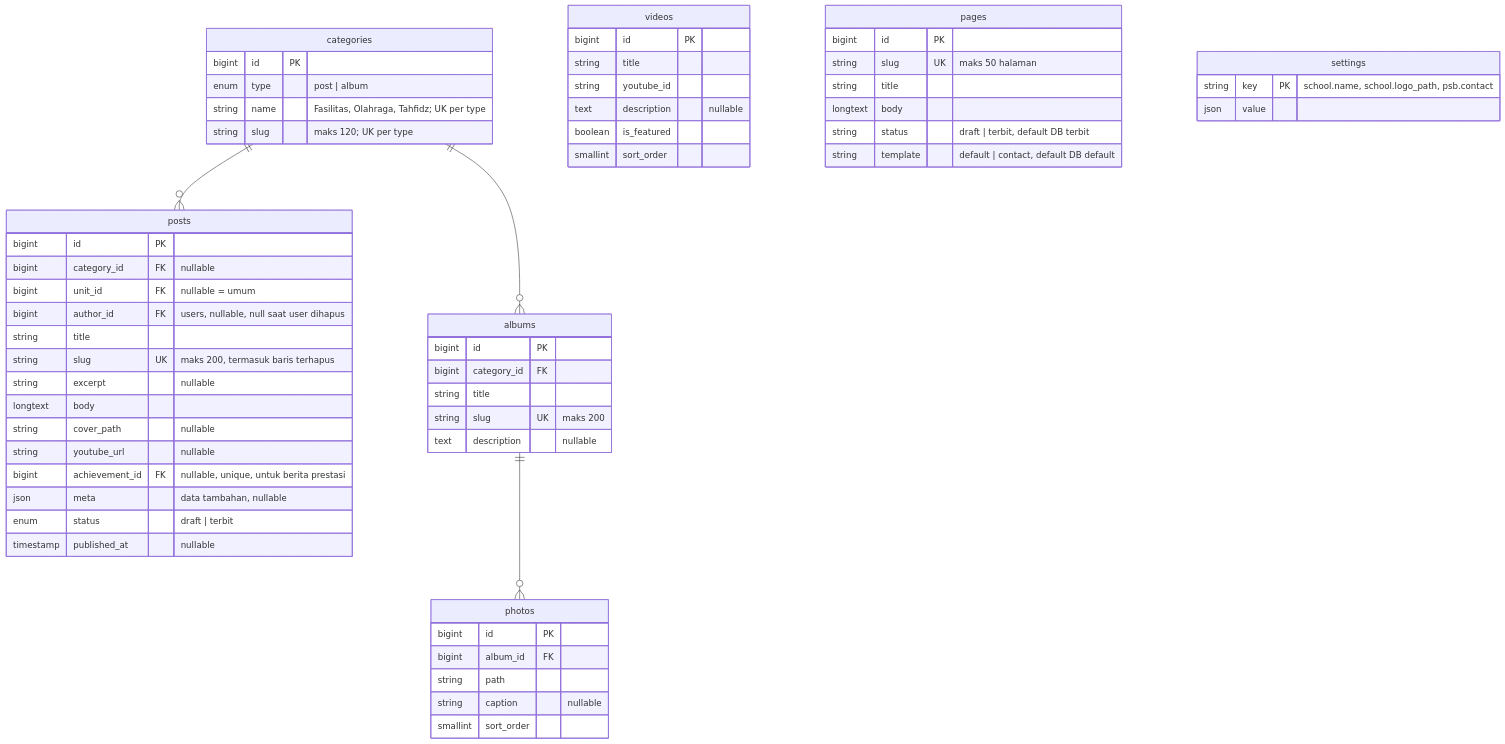
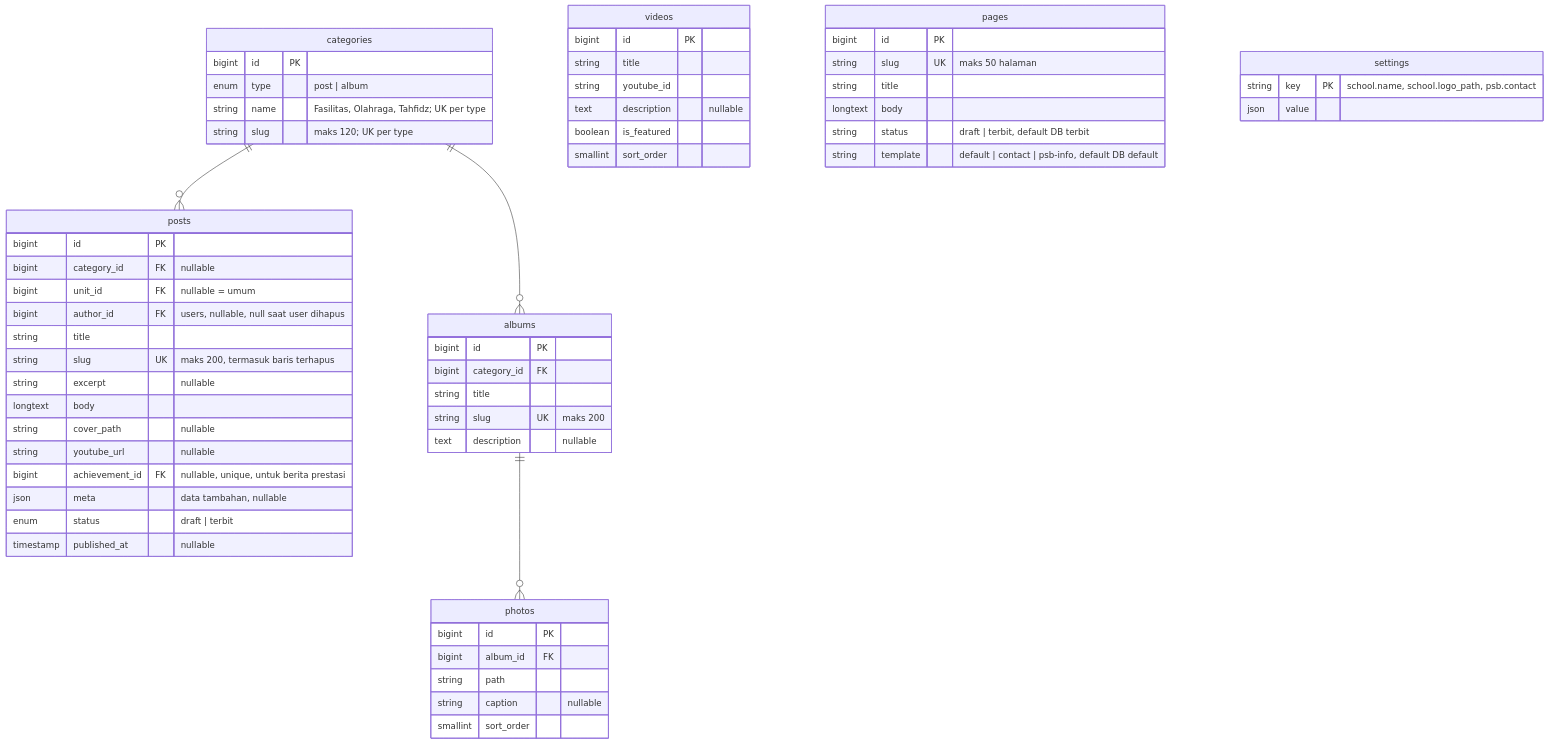
The tenth of 11 diagrams in docs/erd.md (dankedev/pondok), drawn with Mermaid before and after one commit. The commit also changed other lines of this file and 1 other file, not shown here.

First line of the commit message:
docs(psb): info PSB di PRD dan ERD

````diff
--- a/docs/erd.md
+++ b/docs/erd.md
@@ -755,63 +755,63 @@
 ```mermaid
 erDiagram
   categories {
     bigint id PK
     enum type "post | album"
     string name "Fasilitas, Olahraga, Tahfidz; UK per type"
     string slug "maks 120; UK per type"
   }
   posts {
     bigint id PK
     bigint category_id FK "nullable"
     bigint unit_id FK "nullable = umum"
     bigint author_id FK "users, nullable, null saat user dihapus"
     string title
     string slug UK "maks 200, termasuk baris terhapus"
     string excerpt "nullable"
     longtext body
     string cover_path "nullable"
     string youtube_url "nullable"
     bigint achievement_id FK "nullable, unique, untuk berita prestasi"
     json meta "data tambahan, nullable"
     enum status "draft | terbit"
     timestamp published_at "nullable"
   }
   albums {
     bigint id PK
     bigint category_id FK
     string title
     string slug UK "maks 200"
     text description "nullable"
   }
   photos {
     bigint id PK
     bigint album_id FK
     string path
     string caption "nullable"
     smallint sort_order
   }
   videos {
     bigint id PK
     string title
     string youtube_id
     text description "nullable"
     boolean is_featured
     smallint sort_order
   }
   pages {
     bigint id PK
     string slug UK "maks 50 halaman"
     string title
     longtext body
     string status "draft | terbit, default DB terbit"
-    string template "default | contact, default DB default"
+    string template "default | contact | psb-info, default DB default"
   }
   settings {
     string key PK "school.name, school.logo_path, psb.contact"
     json value
   }
   categories ||--o{ posts : ""
   categories ||--o{ albums : ""
   albums ||--o{ photos : ""
   
 ```
````
